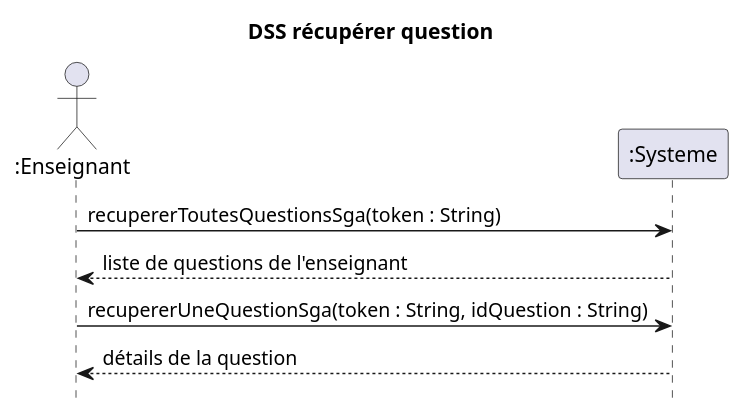
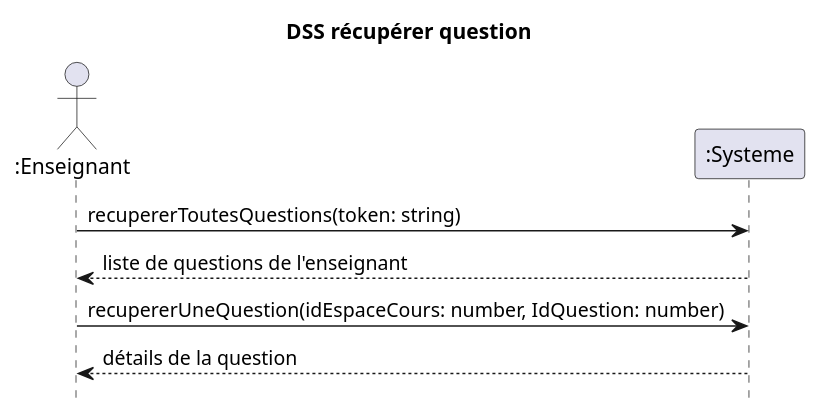
One commit to nerdz88/SGA-TS changed the diagram in docs/Récupérer question/DSS_Récupérer_Question.puml. Above: the diagram before and after it, drawn with PlantUML. The commit also changed 39 other files, not shown here.

```diff
--- a/docs/Récupérer question/DSS_Récupérer_Question.puml
+++ b/docs/Récupérer question/DSS_Récupérer_Question.puml
@@ -1,11 +1,12 @@
 @startuml DSS_Recuperer_Question
 title DSS récupérer question
 hide footbox
 actor ":Enseignant" as professeur
 participant ":Systeme" as systeme
 
-professeur ->  systeme : recupererToutesQuestionsSga(token : String)
+professeur ->  systeme : recupererToutesQuestions(token: string)
 professeur <-- systeme : liste de questions de l'enseignant
-professeur -> systeme : recupererUneQuestionSga(token : String, idQuestion : String)
+professeur -> systeme : recupererUneQuestion(idEspaceCours: number, IdQuestion: number)
 professeur <-- systeme : détails de la question
+
 @enduml
```
